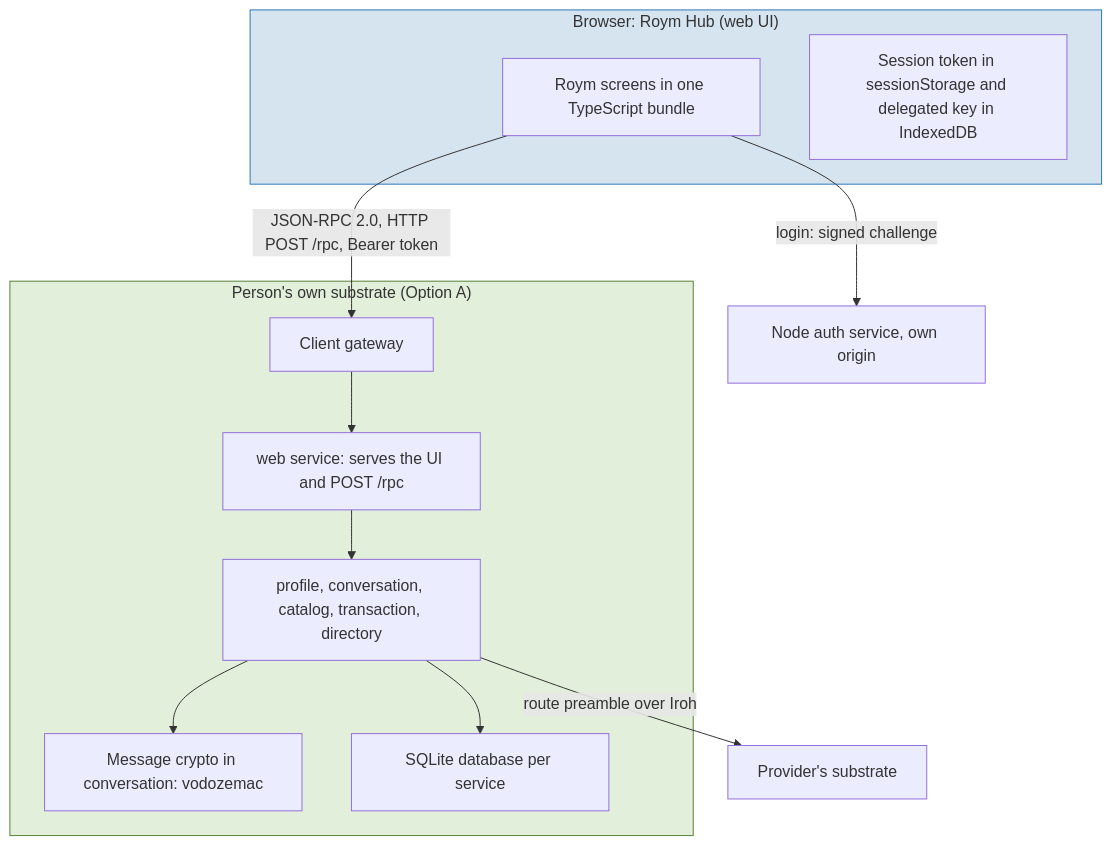
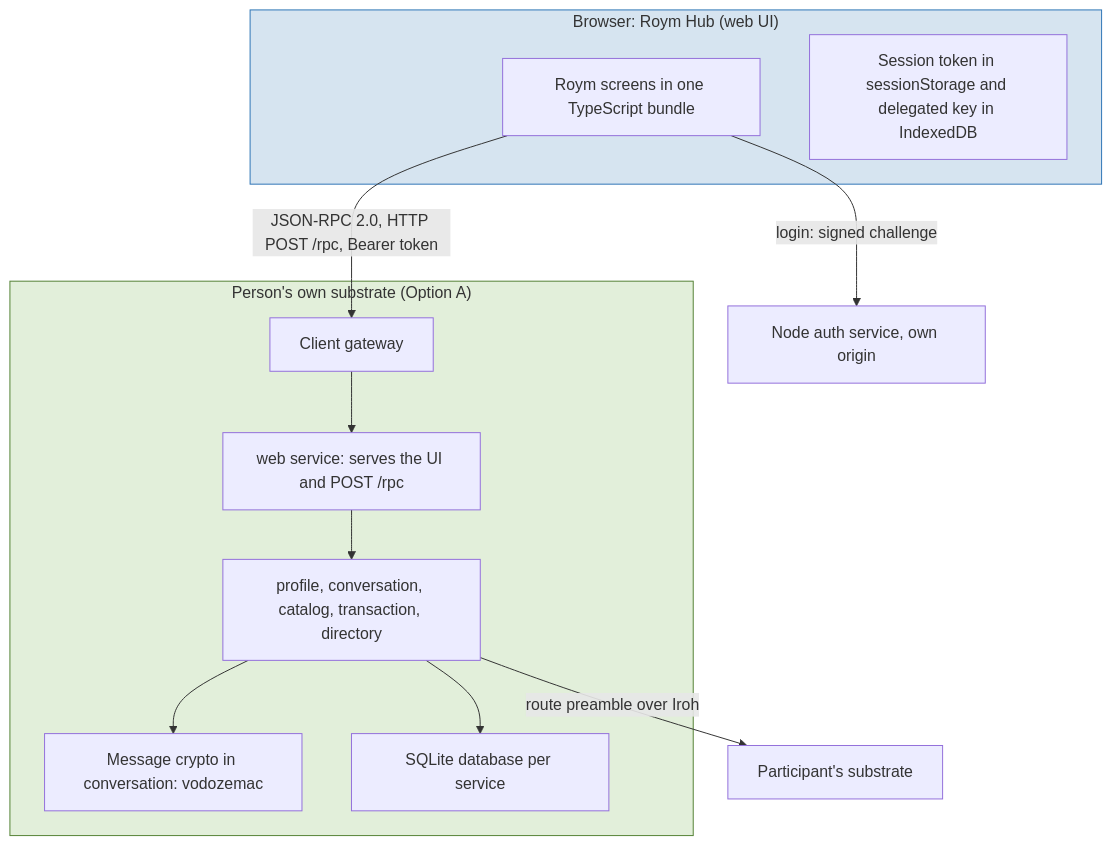
Before and after one commit to syneroym/syneroym: diagram 20 of 23 in docs/system-architecture.md, drawn with Mermaid. The commit also changed other lines of this file and 106 other files, not shown here.

````diff
--- a/docs/system-architecture.md
+++ b/docs/system-architecture.md
@@ -1406,28 +1406,28 @@
 ```mermaid
 flowchart TD
     subgraph BROWSER["Browser: Roym Hub (web UI)"]
         UI[Roym screens in one TypeScript bundle]
         SESSION[Session token in sessionStorage and delegated key in IndexedDB]
     end
 
     subgraph OWN_NODE["Person's own substrate (Option A)"]
         GW[Client gateway]
         WEB[web service: serves the UI and POST /rpc]
         SERVICES[profile, conversation, catalog, transaction, directory]
         CRYPTO[Message crypto in conversation: vodozemac]
         DATA[SQLite database per service]
     end
 
     AUTH[Node auth service, own origin]
-    PROVIDER_NODE[Provider's substrate]
+    PARTICIPANT_NODE[Participant's substrate]
 
     UI -->|"JSON-RPC 2.0, HTTP POST /rpc, Bearer token"| GW
     UI -->|"login: signed challenge"| AUTH
     GW --> WEB --> SERVICES
     SERVICES --> CRYPTO
     SERVICES --> DATA
-    SERVICES -->|"route preamble over Iroh"| PROVIDER_NODE
+    SERVICES -->|"route preamble over Iroh"| PARTICIPANT_NODE
 
     style BROWSER fill:#D6E4F0,stroke:#2E75B6
     style OWN_NODE fill:#E2EFDA,stroke:#548235
 ```
````
